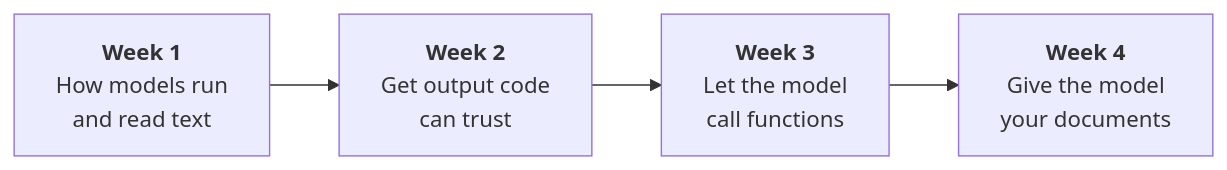
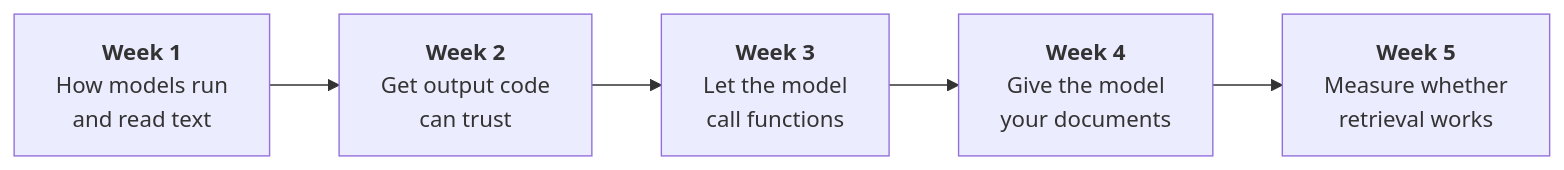
The diagram in README.md (rohini-vs/ai-projects), drawn with Mermaid before and after one commit. The commit also changed other lines of this file and 1 other file, not shown here.

````diff
--- a/README.md
+++ b/README.md
@@ -40,6 +40,7 @@
 ```mermaid
 flowchart LR
     W1["<b>Week 1</b><br/>How models run<br/>and read text"] --> W2["<b>Week 2</b><br/>Get output code<br/>can trust"]
     W2 --> W3["<b>Week 3</b><br/>Let the model<br/>call functions"]
     W3 --> W4["<b>Week 4</b><br/>Give the model<br/>your documents"]
+    W4 --> W5["<b>Week 5</b><br/>Measure whether<br/>retrieval works"]
 ```
````
